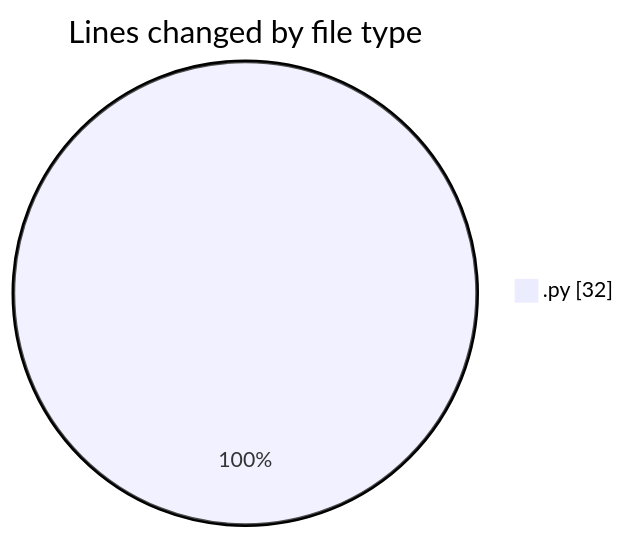
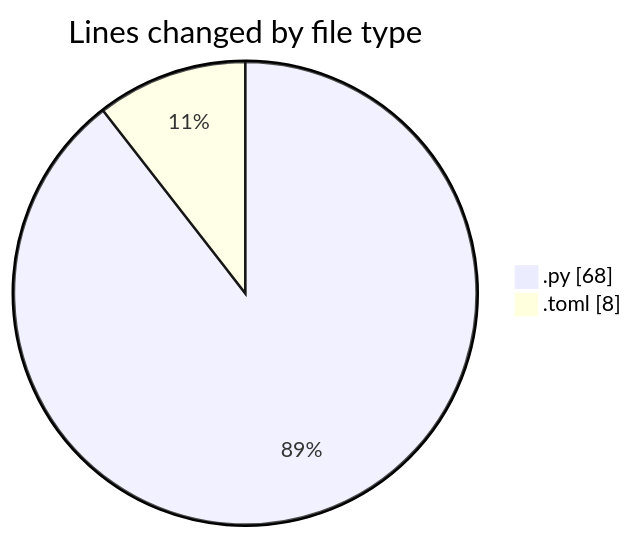
Before and after one commit to trdunsworth/code-tracking: the first of 2 diagrams in 2025-04-09/synth_dist/README.md, drawn with Mermaid. The commit also changed other lines of this file and 1 other file, not shown here.

````diff
--- a/2025-04-09/synth_dist/README.md
+++ b/2025-04-09/synth_dist/README.md
@@ -20,5 +21,6 @@
 ```mermaid
 pie showData
 title Lines changed by file type
-".py" : 32
+".py" : 68
+".toml" : 8
 ```
````
